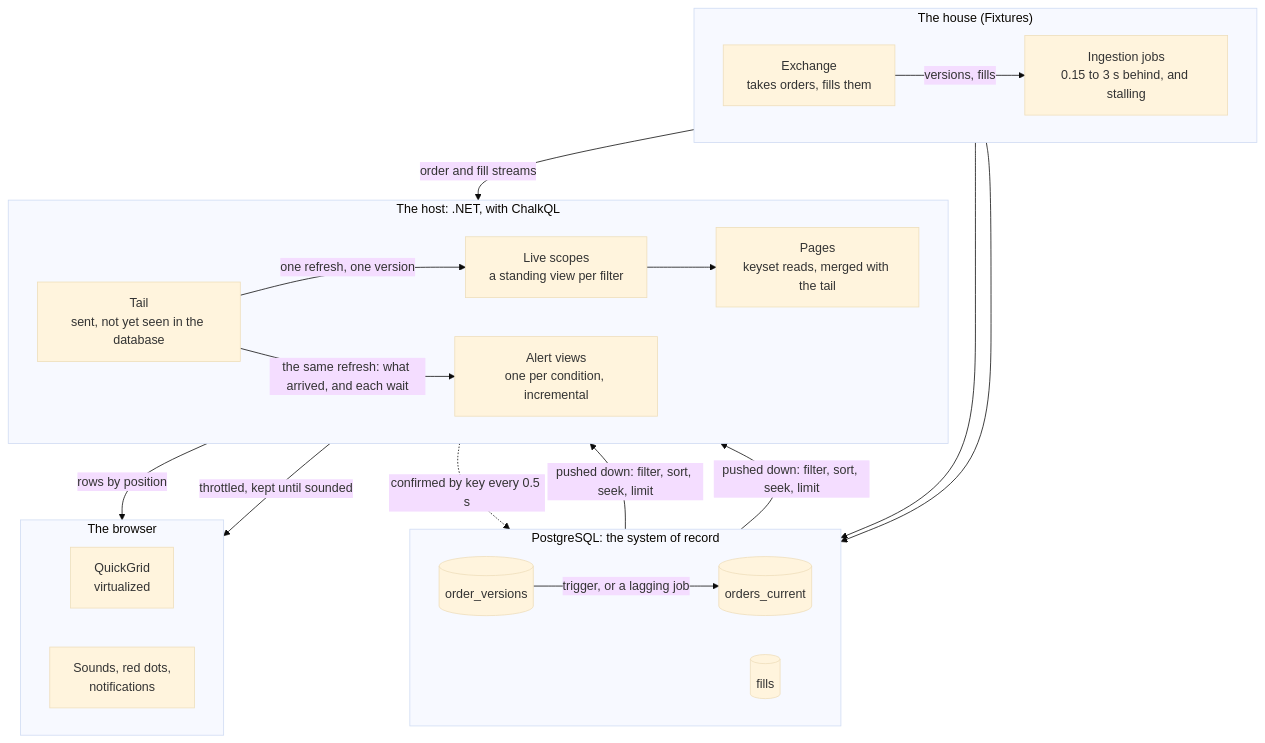
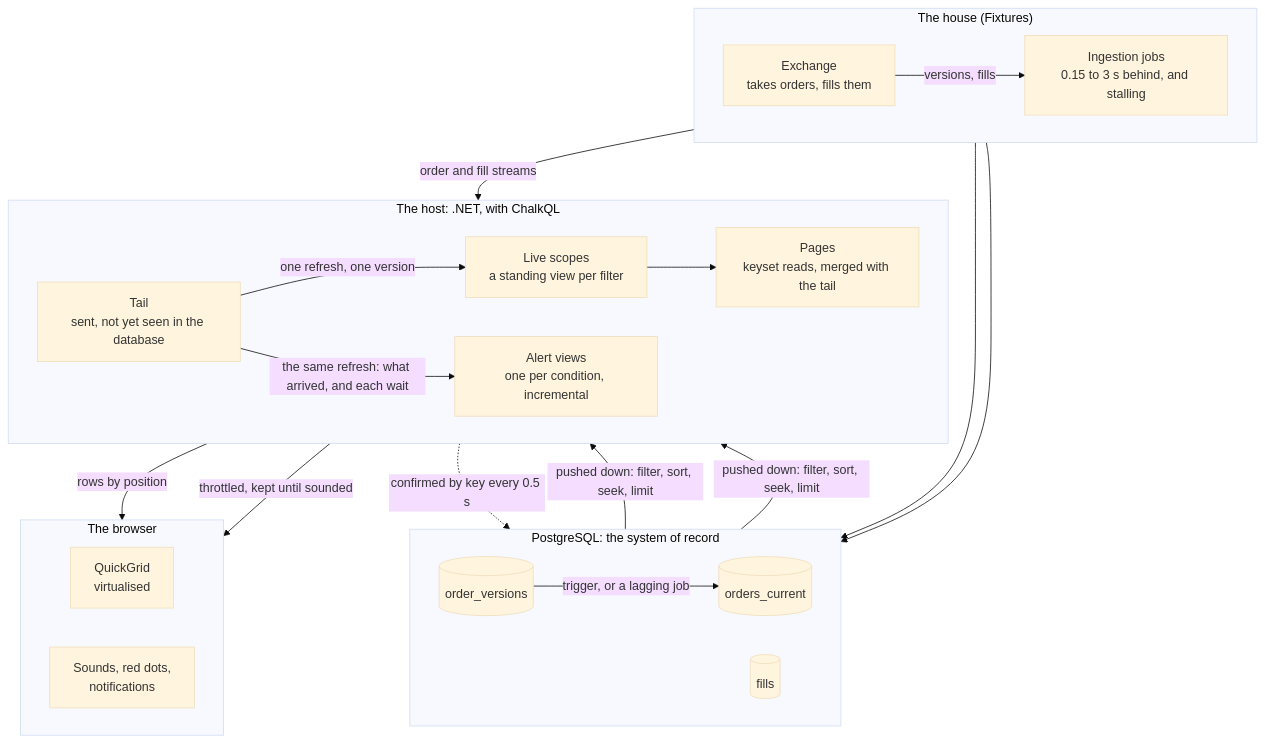
One commit to markhammond/chalkql changed the first of 2 diagrams in dotnet/samples/Chalk.Sample.Blotter/README.md. Above: the diagram before and after it, drawn with Mermaid (base theme). The commit also changed other lines of this file, not shown here.

````diff
--- a/dotnet/samples/Chalk.Sample.Blotter/README.md
+++ b/dotnet/samples/Chalk.Sample.Blotter/README.md
@@ -320,43 +312,43 @@
 ```mermaid
 flowchart TB
     subgraph House["The house (Fixtures)"]
         direction LR
         Exchange["Exchange<br/>takes orders, fills them"]
         Jobs["Ingestion jobs<br/>0.15 to 3 s behind, and stalling"]
         Exchange -->|"versions, fills"| Jobs
     end
 
     subgraph Database["PostgreSQL: the system of record"]
         direction LR
         Versions[("order_versions")]
         Current[("orders_current")]
         FillsTable[("fills")]
         Versions -->|"trigger, or a lagging job"| Current
     end
 
     subgraph Host["The host: .NET, with ChalkQL"]
         direction LR
         Tail["Tail<br/>sent, not yet seen in the database"]
         Scopes["Live scopes<br/>a standing view per filter"]
         Pages["Pages<br/>keyset reads, merged with the tail"]
         Desk["Alert views<br/>one per condition, incremental"]
         Tail -->|"one refresh, one version"| Scopes
         Tail -->|"the same refresh: what arrived, and each wait"| Desk
         Scopes --> Pages
     end
 
     subgraph Browser["The browser"]
         direction LR
-        Grid["QuickGrid<br/>virtualized"]
+        Grid["QuickGrid<br/>virtualised"]
         Alerts["Sounds, red dots,<br/>notifications"]
     end
 
     Jobs --> Versions
     Jobs --> FillsTable
     Exchange -->|"order and fill streams"| Tail
     Current -->|"pushed down: filter, sort, seek, limit"| Pages
     FillsTable -->|"pushed down: filter, sort, seek, limit"| Pages
     Tail -.->|"confirmed by key every 0.5 s"| Current
     Pages -->|"rows by position"| Grid
     Desk -->|"throttled, kept until sounded"| Alerts
 ```
````
